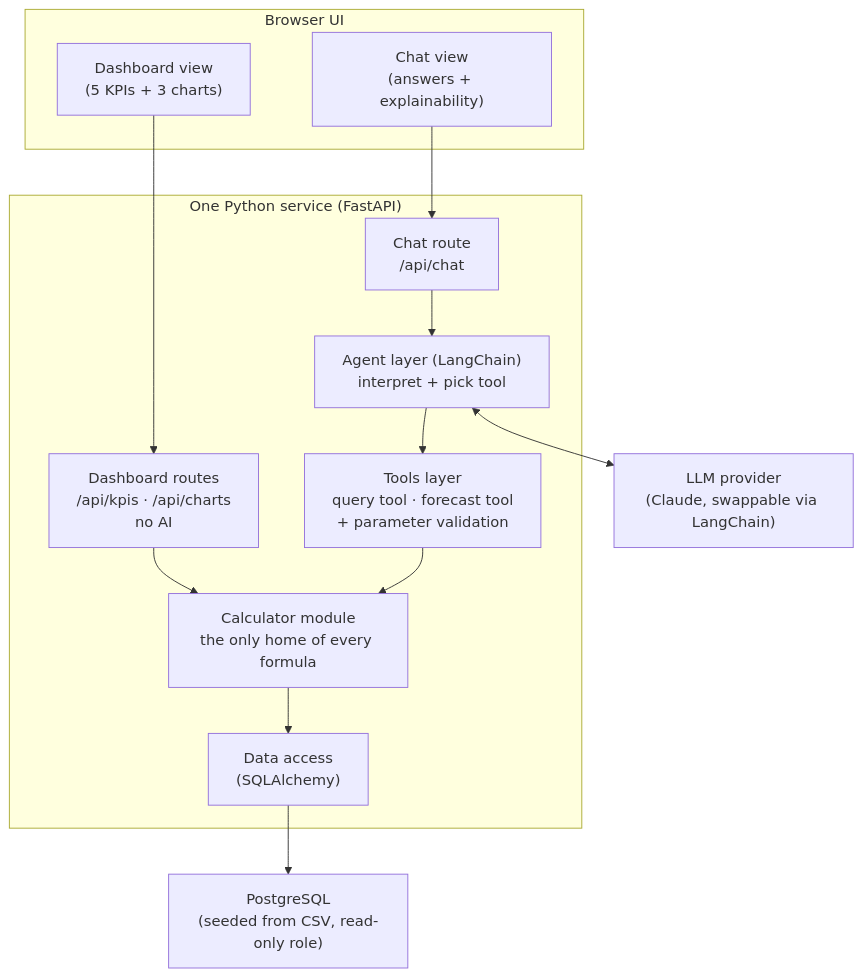
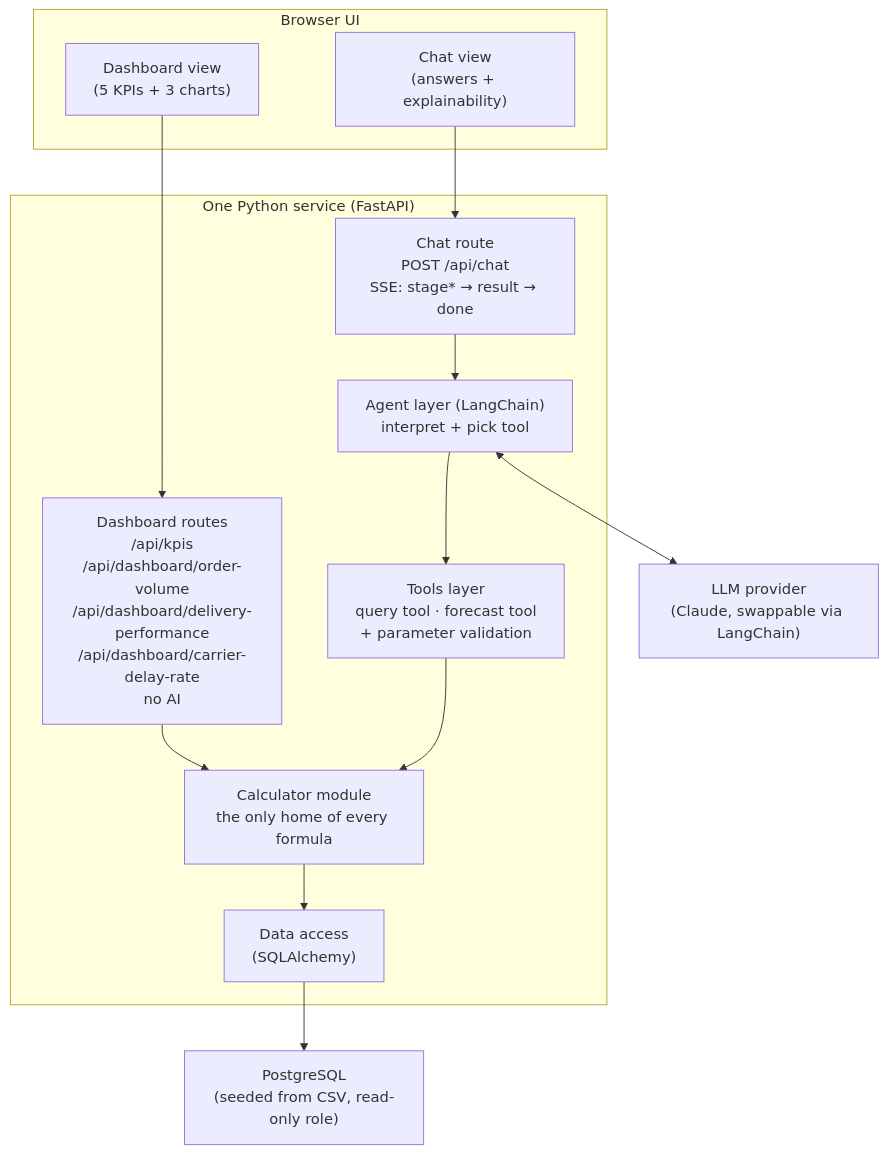
The first of 4 diagrams in docs/architecture.md (deanle94/logistics-chatbot), drawn with Mermaid before and after one commit. The commit also changed other lines of this file and 67 other files, not shown here.

First line of the commit message:
feat(dashboard): Slice 1 — query engine, four routes, dashboard page

````diff
--- a/docs/architecture.md
+++ b/docs/architecture.md
@@ -23,27 +23,27 @@
 ```mermaid
 flowchart TB
     subgraph Browser["Browser UI"]
         DV["Dashboard view<br/>(5 KPIs + 3 charts)"]
         CV["Chat view<br/>(answers + explainability)"]
     end
 
     DV --> RD
     CV --> RC
 
     subgraph PY["One Python service (FastAPI)"]
-        RD["Dashboard routes<br/>/api/kpis · /api/charts<br/>no AI"]
-        RC["Chat route<br/>/api/chat"]
+        RD["Dashboard routes<br/>/api/kpis<br/>/api/dashboard/order-volume<br/>/api/dashboard/delivery-performance<br/>/api/dashboard/carrier-delay-rate<br/>no AI"]
+        RC["Chat route<br/>POST /api/chat<br/>SSE: stage* → result → done"]
         AG["Agent layer (LangChain)<br/>interpret + pick tool"]
         TL["Tools layer<br/>query tool · forecast tool<br/>+ parameter validation"]
         CALC["Calculator module<br/>the only home of every formula"]
         DAL["Data access<br/>(SQLAlchemy)"]
     end
 
     RC --> AG
     AG <--> LLM["LLM provider<br/>(Claude, swappable via LangChain)"]
     AG --> TL
     RD --> CALC
     TL --> CALC
     CALC --> DAL
     DAL --> PG["PostgreSQL<br/>(seeded from CSV, read-only role)"]
 ```
````
